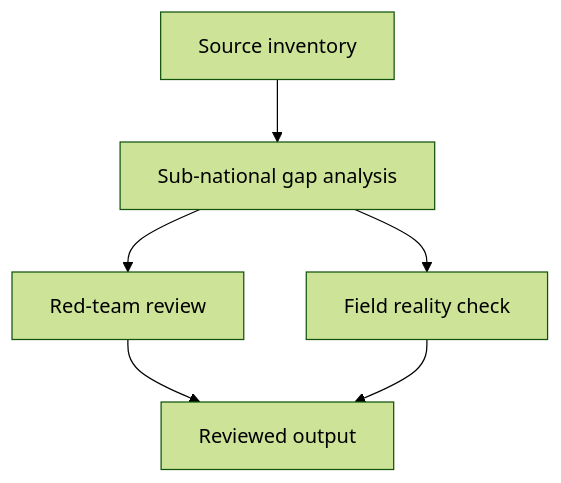
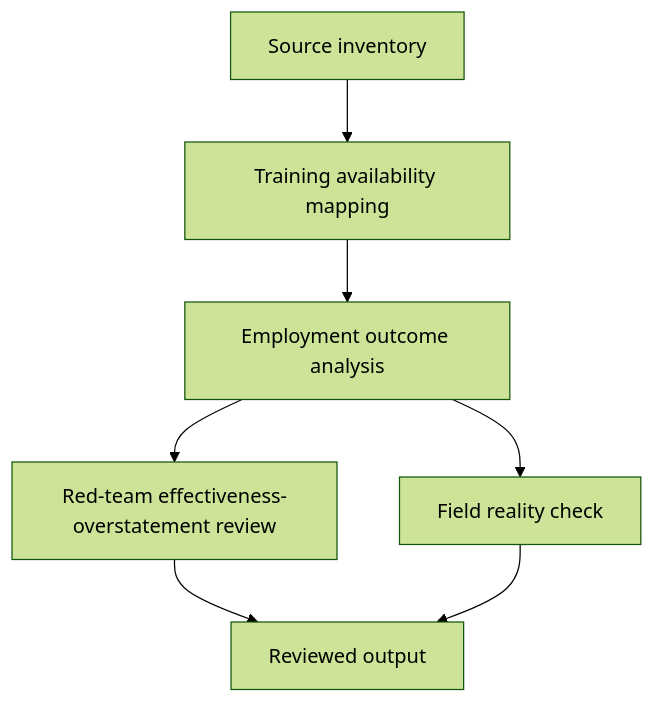
One commit to Open-Problem-Lab/open-problem-lab changed the diagram in problem-packs/education/skills-training-youth-employment-global/task-map.md. Above: the diagram before and after it, drawn with Mermaid (forest theme). The commit also changed other lines of this file and 9 other files, not shown here.

First line of the commit message:
fix: elevate skills-training-youth-employment-global to canonical quality

````diff
--- a/problem-packs/education/skills-training-youth-employment-global/task-map.md
+++ b/problem-packs/education/skills-training-youth-employment-global/task-map.md
@@ -9,8 +9,9 @@
 ```mermaid
 flowchart TD
-  A["Source inventory"] --> B["Sub-national gap analysis"]
-  B --> C["Red-team review"]
-  B --> D["Field reality check"]
-  C --> E["Reviewed output"]
-  D --> E
+  A["Source inventory"] --> B["Training availability mapping"]
+  B --> C["Employment outcome analysis"]
+  C --> D["Red-team effectiveness-overstatement review"]
+  C --> E["Field reality check"]
+  D --> F["Reviewed output"]
+  E --> F
 ```
````
